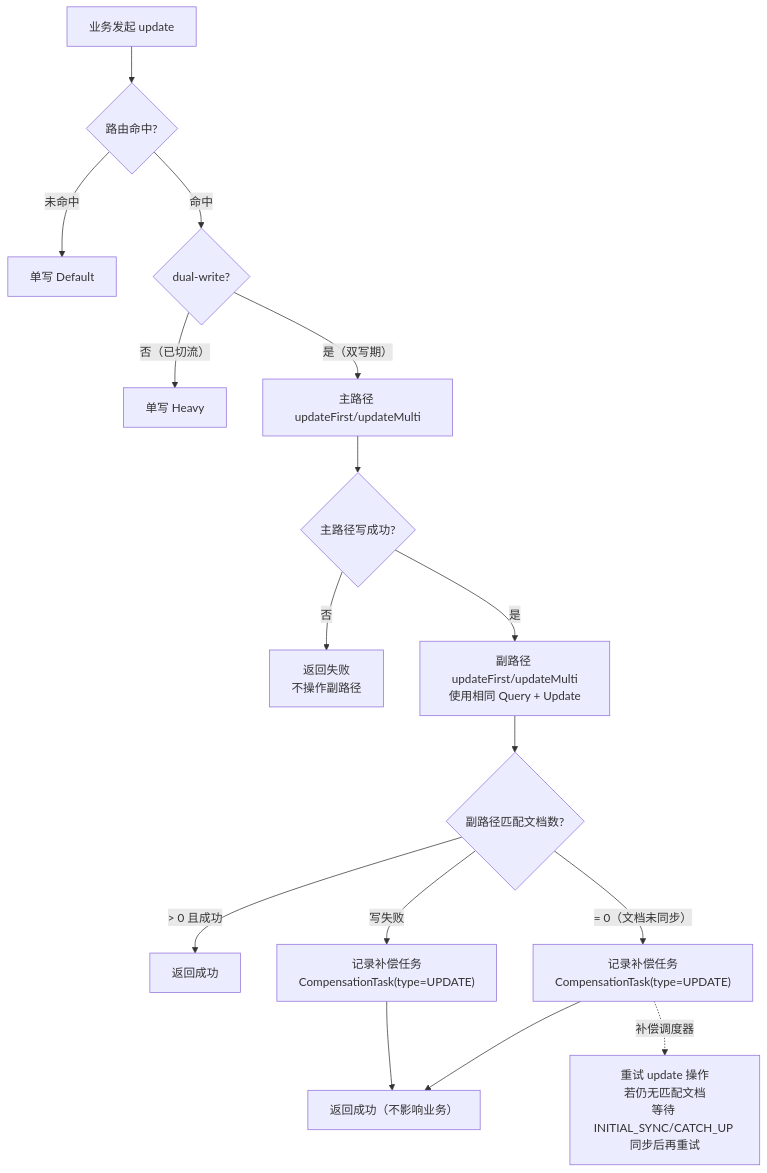
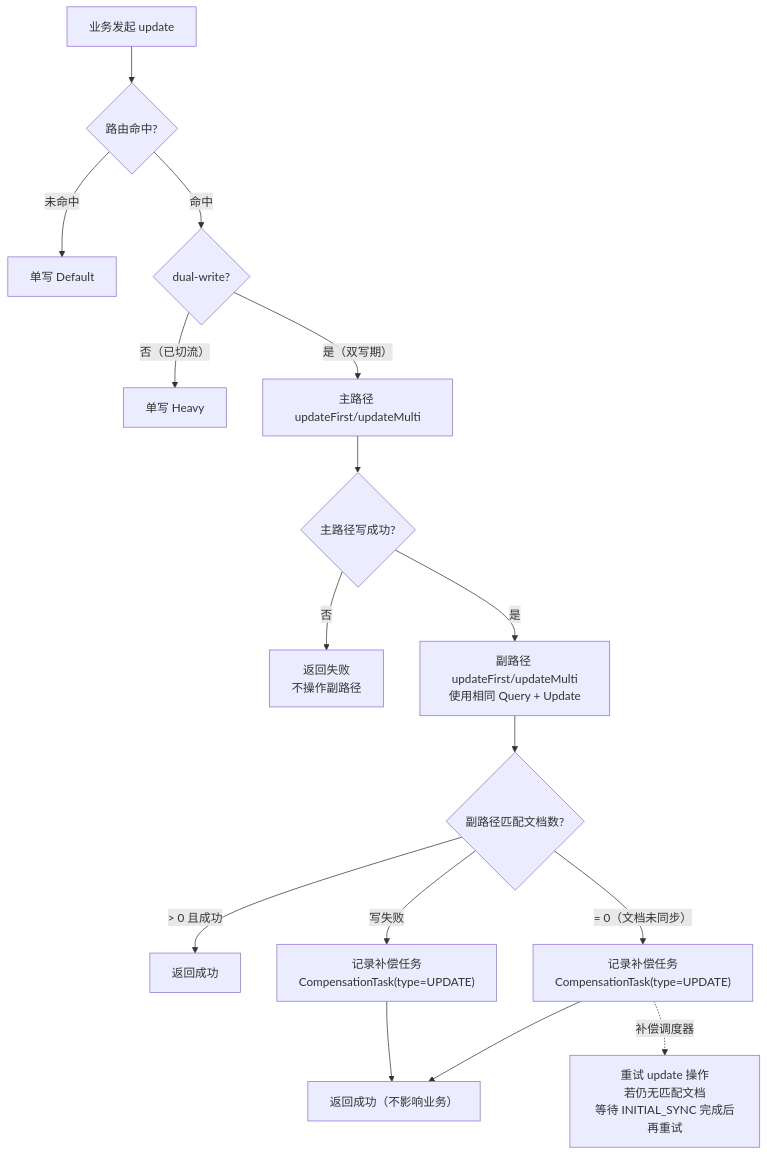
Diagram 14 of 20 in docs/specification/mongodb-node-sharding-pattern2-node.md (TencentBlueKing/bk-repo), drawn with Mermaid before and after one commit. The commit also changed other lines of this file and 7 other files, not shown here.

````diff
--- a/docs/specification/mongodb-node-sharding-pattern2-node.md
+++ b/docs/specification/mongodb-node-sharding-pattern2-node.md
@@ -1742,22 +1728,22 @@
 ```mermaid
 flowchart TD
     A["业务发起 update"] --> B{"路由命中?"}
     B -- "未命中" --> C["单写 Default"]
     B -- "命中" --> D{"dual-write?"}
     D -- "否（已切流）" --> E["单写 Heavy"]
     D -- "是（双写期）" --> F["主路径 updateFirst/updateMulti"]
 
     F --> G{"主路径写成功?"}
     G -- "否" --> H["返回失败\n不操作副路径"]
     G -- "是" --> I["副路径 updateFirst/updateMulti\n使用相同 Query + Update"]
 
     I --> J{"副路径匹配文档数?"}
     J -- "> 0 且成功" --> K["返回成功"]
     J -- "= 0（文档未同步）" --> L["记录补偿任务\nCompensationTask(type=UPDATE)"]
     J -- "写失败" --> M["记录补偿任务\nCompensationTask(type=UPDATE)"]
 
     L --> N["返回成功（不影响业务）"]
     M --> N
 
-    L -. "补偿调度器" .-> O["重试 update 操作\n若仍无匹配文档\n等待 INITIAL_SYNC/CATCH_UP 同步后再重试"]
+    L -. "补偿调度器" .-> O["重试 update 操作\n若仍无匹配文档\n等待 INITIAL_SYNC 完成后再重试"]
 ```
````
